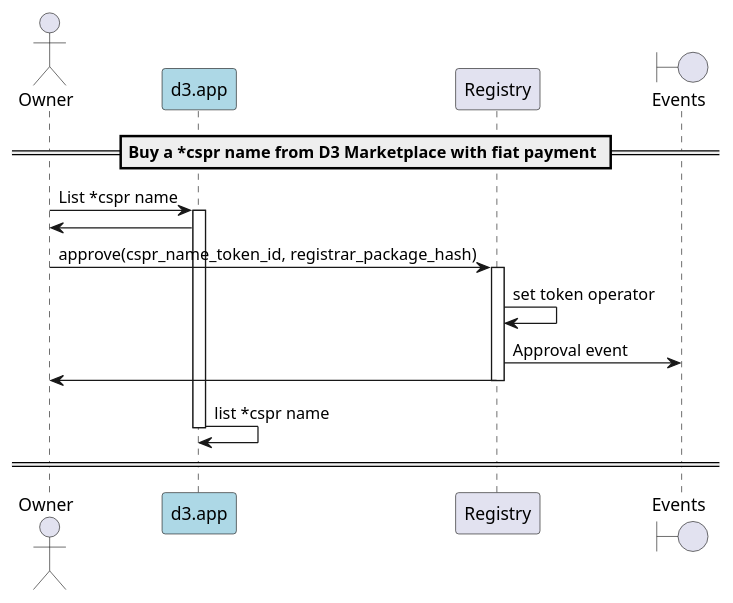
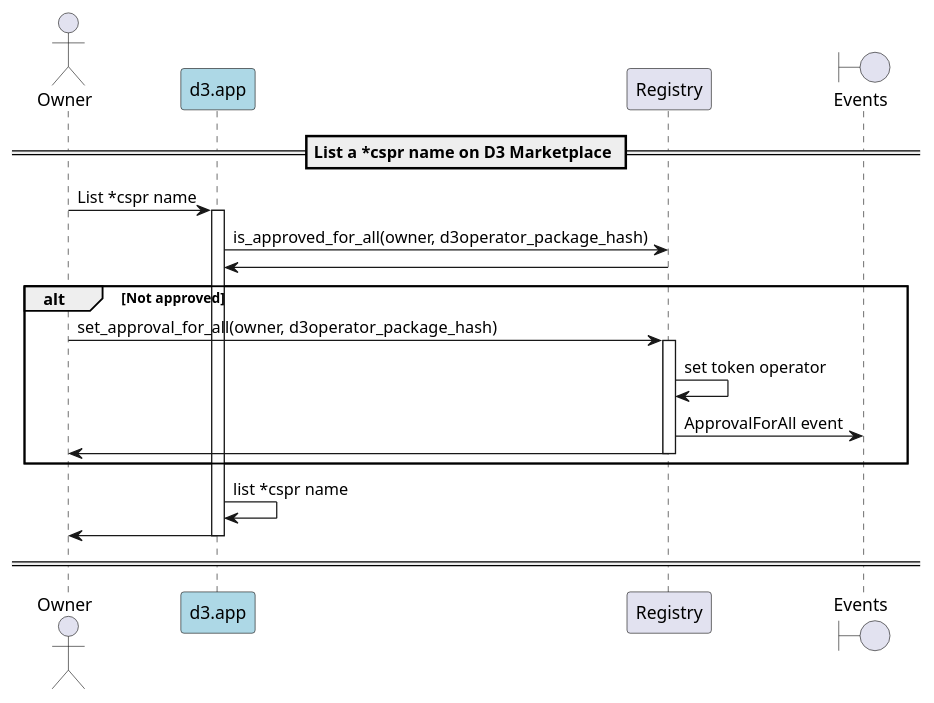
One commit to make-software/cspr-name-contracts changed the diagram in docs/sequence-diagrams/puml/d3-marketplace-list.puml. Above: the diagram before and after it, drawn with PlantUML. The commit also changed 32 other files, not shown here.

```diff
--- a/docs/sequence-diagrams/puml/d3-marketplace-list.puml
+++ b/docs/sequence-diagrams/puml/d3-marketplace-list.puml
@@ -1,26 +1,29 @@
 @startuml
 'https://plantuml.com/sequence-diagram
 
 'autonumber
 actor Owner
 participant "d3.app" as d3 #lightblue
 participant "Registry"
 boundary "Events"
 
-== Buy a *cspr name from D3 Marketplace with fiat payment ==
+== List a *cspr name on D3 Marketplace ==
 
 Owner -> d3: List *cspr name
 activate d3
+d3 -> Registry: is_approved_for_all(owner, d3operator_package_hash)
+Registry -> d3
+alt Not approved
+    Owner -> Registry: set_approval_for_all(owner, d3operator_package_hash)
+    activate "Registry"
+    Registry -> Registry: set token operator
+    Registry -> "Events": ApprovalForAll event
+    Registry -> Owner
+    deactivate "Registry"
+end
+d3 -> d3: list *cspr name
 d3 -> Owner
-
-Owner -> Registry: approve(cspr_name_token_id, registrar_package_hash)
-activate "Registry"
-Registry -> Registry: set token operator
-Registry -> "Events": Approval event
-Registry -> Owner
-deactivate "Registry"
-d3 -> d3: list *cspr name
+deactivate d3
 == ==
-deactivate d3
 
 @enduml
```
